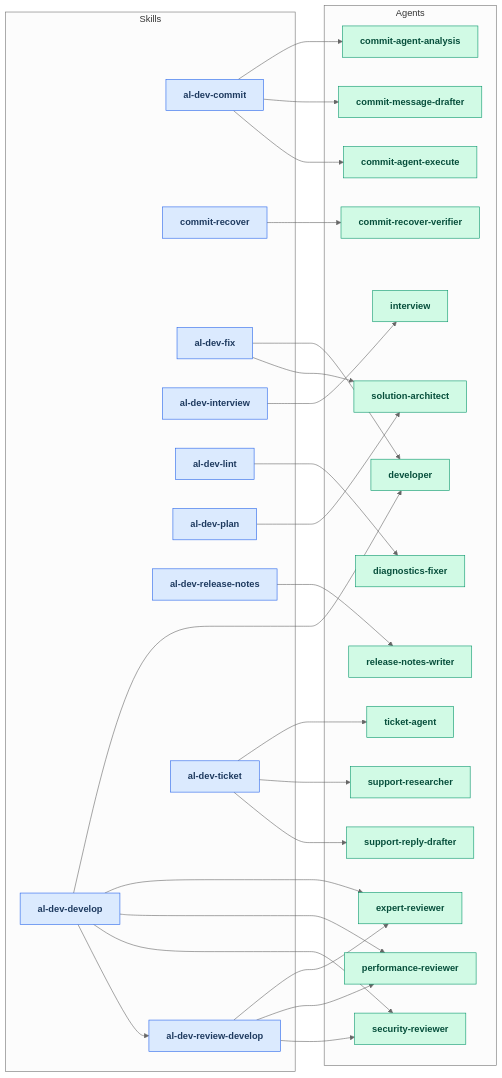
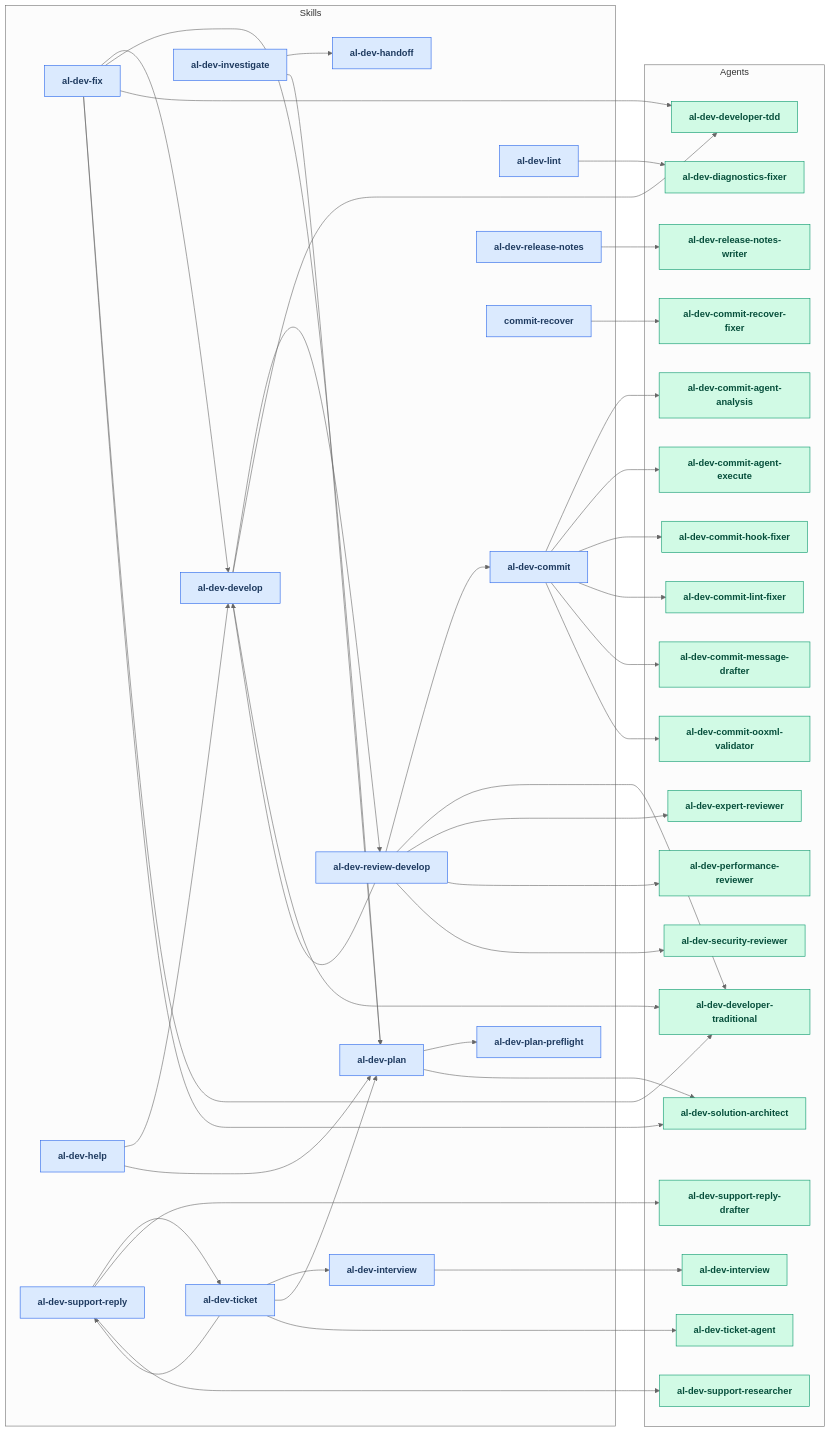
Before and after one commit to russell-laing/al-dev-shared: the first of 2 diagrams in docs/al-dev-workflow-diagrams.md, drawn with Mermaid (neutral theme). The commit also changed other lines of this file and 8 other files, not shown here.

````diff
--- a/docs/al-dev-workflow-diagrams.md
+++ b/docs/al-dev-workflow-diagrams.md
@@ -11,81 +12,114 @@
     classDef agentNode fill:#d1fae5,stroke:#059669,color:#064e3b,font-weight:bold
 
     subgraph Skills[Skills]
-        al_dev_commit[al-dev-commit]
-        commit_recover[commit-recover]
-        al_dev_develop[al-dev-develop]
-        al_dev_fix[al-dev-fix]
-        al_dev_interview_sk[al-dev-interview]
-        al_dev_lint[al-dev-lint]
-        al_dev_plan[al-dev-plan]
-        al_dev_release_notes[al-dev-release-notes]
-        al_dev_review_develop[al-dev-review-develop]
-        al_dev_ticket[al-dev-ticket]
+        skill_al_dev_commit[al-dev-commit]
+        skill_al_dev_develop[al-dev-develop]
+        skill_al_dev_fix[al-dev-fix]
+        skill_al_dev_handoff[al-dev-handoff]
+        skill_al_dev_help[al-dev-help]
+        skill_al_dev_interview[al-dev-interview]
+        skill_al_dev_investigate[al-dev-investigate]
+        skill_al_dev_lint[al-dev-lint]
+        skill_al_dev_plan[al-dev-plan]
+        skill_al_dev_plan_preflight[al-dev-plan-preflight]
+        skill_al_dev_release_notes[al-dev-release-notes]
+        skill_al_dev_review_develop[al-dev-review-develop]
+        skill_al_dev_support_reply[al-dev-support-reply]
+        skill_al_dev_ticket[al-dev-ticket]
+        skill_commit_recover[commit-recover]
+    end
+    subgraph Agents[Agents]
+        agent_al_dev_commit_agent_analysis[al-dev-commit-agent-analysis]
+        agent_al_dev_commit_agent_execute[al-dev-commit-agent-execute]
+        agent_al_dev_commit_hook_fixer[al-dev-commit-hook-fixer]
+        agent_al_dev_commit_lint_fixer[al-dev-commit-lint-fixer]
+        agent_al_dev_commit_message_drafter[al-dev-commit-message-drafter]
+        agent_al_dev_commit_ooxml_validator[al-dev-commit-ooxml-validator]
+        agent_al_dev_commit_recover_fixer[al-dev-commit-recover-fixer]
+        agent_al_dev_developer_tdd[al-dev-developer-tdd]
+        agent_al_dev_developer_traditional[al-dev-developer-traditional]
+        agent_al_dev_diagnostics_fixer[al-dev-diagnostics-fixer]
+        agent_al_dev_expert_reviewer[al-dev-expert-reviewer]
+        agent_al_dev_interview[al-dev-interview]
+        agent_al_dev_performance_reviewer[al-dev-performance-reviewer]
+        agent_al_dev_release_notes_writer[al-dev-release-notes-writer]
+        agent_al_dev_security_reviewer[al-dev-security-reviewer]
+        agent_al_dev_solution_architect[al-dev-solution-architect]
+        agent_al_dev_support_reply_drafter[al-dev-support-reply-drafter]
+        agent_al_dev_support_researcher[al-dev-support-researcher]
+        agent_al_dev_ticket_agent[al-dev-ticket-agent]
     end
 
-    subgraph Agents[Agents]
-        ag_commit_analysis[commit-agent-analysis]
-        ag_commit_drafter[commit-message-drafter]
-        ag_commit_execute[commit-agent-execute]
-        ag_commit_recover[commit-recover-verifier]
-        ag_developer[developer]
-        ag_diagnostics[diagnostics-fixer]
-        ag_expert[expert-reviewer]
-        ag_interview[interview]
-        ag_perf[performance-reviewer]
-        ag_release[release-notes-writer]
-        ag_security[security-reviewer]
-        ag_architect[solution-architect]
-        ag_support_reply[support-reply-drafter]
-        ag_support_research[support-researcher]
-        ag_ticket[ticket-agent]
-    end
+    skill_al_dev_develop --> skill_al_dev_review_develop
+    skill_al_dev_fix --> skill_al_dev_develop
+    skill_al_dev_fix --> skill_al_dev_plan
+    skill_al_dev_help --> skill_al_dev_develop
+    skill_al_dev_help --> skill_al_dev_plan
+    skill_al_dev_investigate --> skill_al_dev_handoff
+    skill_al_dev_investigate --> skill_al_dev_plan
+    skill_al_dev_plan --> skill_al_dev_plan_preflight
+    skill_al_dev_review_develop --> skill_al_dev_commit
+    skill_al_dev_review_develop --> skill_al_dev_develop
+    skill_al_dev_support_reply --> skill_al_dev_ticket
+    skill_al_dev_ticket --> skill_al_dev_interview
+    skill_al_dev_ticket --> skill_al_dev_plan
+    skill_al_dev_ticket --> skill_al_dev_support_reply
+    skill_al_dev_commit --> agent_al_dev_commit_agent_analysis
+    skill_al_dev_commit --> agent_al_dev_commit_agent_execute
+    skill_al_dev_commit --> agent_al_dev_commit_hook_fixer
+    skill_al_dev_commit --> agent_al_dev_commit_lint_fixer
+    skill_al_dev_commit --> agent_al_dev_commit_message_drafter
+    skill_al_dev_commit --> agent_al_dev_commit_ooxml_validator
+    skill_al_dev_develop --> agent_al_dev_developer_tdd
+    skill_al_dev_develop --> agent_al_dev_developer_traditional
+    skill_al_dev_fix --> agent_al_dev_developer_tdd
+    skill_al_dev_fix --> agent_al_dev_developer_traditional
+    skill_al_dev_fix --> agent_al_dev_solution_architect
+    skill_al_dev_interview --> agent_al_dev_interview
+    skill_al_dev_lint --> agent_al_dev_diagnostics_fixer
+    skill_al_dev_plan --> agent_al_dev_solution_architect
+    skill_al_dev_release_notes --> agent_al_dev_release_notes_writer
+    skill_al_dev_review_develop --> agent_al_dev_developer_traditional
+    skill_al_dev_review_develop --> agent_al_dev_expert_reviewer
+    skill_al_dev_review_develop --> agent_al_dev_performance_reviewer
+    skill_al_dev_review_develop --> agent_al_dev_security_reviewer
+    skill_al_dev_support_reply --> agent_al_dev_support_reply_drafter
+    skill_al_dev_support_reply --> agent_al_dev_support_researcher
+    skill_al_dev_ticket --> agent_al_dev_ticket_agent
+    skill_commit_recover --> agent_al_dev_commit_recover_fixer
 
-    al_dev_commit --> ag_commit_analysis
-    al_dev_commit --> ag_commit_drafter
-    al_dev_commit --> ag_commit_execute
-    commit_recover --> ag_commit_recover
-    al_dev_develop --> ag_developer
-    al_dev_develop --> ag_expert
-    al_dev_develop --> ag_perf
-    al_dev_develop --> ag_security
-    al_dev_develop --> al_dev_review_develop
-    al_dev_fix --> ag_developer
-    al_dev_fix --> ag_architect
-    al_dev_interview_sk --> ag_interview
-    al_dev_lint --> ag_diagnostics
-    al_dev_plan --> ag_architect
-    al_dev_release_notes --> ag_release
-    al_dev_review_develop --> ag_expert
-    al_dev_review_develop --> ag_perf
-    al_dev_review_develop --> ag_security
-    al_dev_ticket --> ag_ticket
-    al_dev_ticket --> ag_support_research
-    al_dev_ticket --> ag_support_reply
-
-    class al_dev_commit skillNode
-    class commit_recover skillNode
-    class al_dev_develop skillNode
-    class al_dev_fix skillNode
-    class al_dev_interview_sk skillNode
-    class al_dev_lint skillNode
-    class al_dev_plan skillNode
-    class al_dev_release_notes skillNode
-    class al_dev_review_develop skillNode
-    class al_dev_ticket skillNode
-    class ag_commit_analysis agentNode
-    class ag_commit_drafter agentNode
-    class ag_commit_execute agentNode
-    class ag_commit_recover agentNode
-    class ag_developer agentNode
-    class ag_diagnostics agentNode
-    class ag_expert agentNode
-    class ag_interview agentNode
-    class ag_perf agentNode
-    class ag_release agentNode
-    class ag_security agentNode
-    class ag_architect agentNode
-    class ag_support_reply agentNode
-    class ag_support_research agentNode
-    class ag_ticket agentNode
+    class skill_al_dev_commit skillNode
+    class skill_al_dev_develop skillNode
+    class skill_al_dev_fix skillNode
+    class skill_al_dev_handoff skillNode
+    class skill_al_dev_help skillNode
+    class skill_al_dev_interview skillNode
+    class skill_al_dev_investigate skillNode
+    class skill_al_dev_lint skillNode
+    class skill_al_dev_plan skillNode
+    class skill_al_dev_plan_preflight skillNode
+    class skill_al_dev_release_notes skillNode
+    class skill_al_dev_review_develop skillNode
+    class skill_al_dev_support_reply skillNode
+    class skill_al_dev_ticket skillNode
+    class skill_commit_recover skillNode
+    class agent_al_dev_commit_agent_analysis agentNode
+    class agent_al_dev_commit_agent_execute agentNode
+    class agent_al_dev_commit_hook_fixer agentNode
+    class agent_al_dev_commit_lint_fixer agentNode
+    class agent_al_dev_commit_message_drafter agentNode
+    class agent_al_dev_commit_ooxml_validator agentNode
+    class agent_al_dev_commit_recover_fixer agentNode
+    class agent_al_dev_developer_tdd agentNode
+    class agent_al_dev_developer_traditional agentNode
+    class agent_al_dev_diagnostics_fixer agentNode
+    class agent_al_dev_expert_reviewer agentNode
+    class agent_al_dev_interview agentNode
+    class agent_al_dev_performance_reviewer agentNode
+    class agent_al_dev_release_notes_writer agentNode
+    class agent_al_dev_security_reviewer agentNode
+    class agent_al_dev_solution_architect agentNode
+    class agent_al_dev_support_reply_drafter agentNode
+    class agent_al_dev_support_researcher agentNode
+    class agent_al_dev_ticket_agent agentNode
 ```
````
